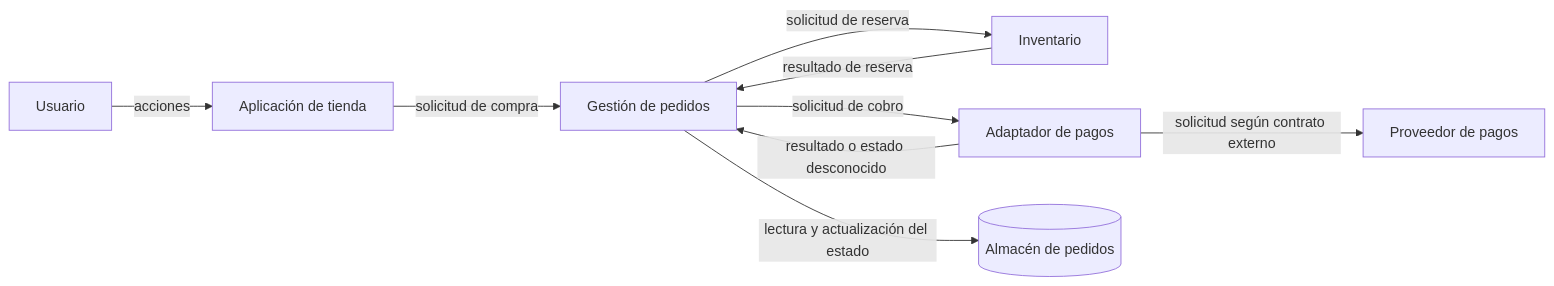
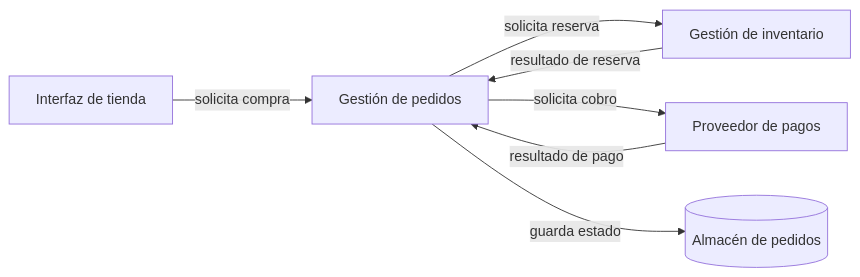
One commit to acuscorp/SoftwareArchitecture changed the diagram in Classes/M01 - Pensamiento arquitectónico y fundamentos/CL01.02.01 - Distinguir elementos, responsabilidades y relaciones.md. Above: the diagram before and after it, drawn with Mermaid. The commit also changed other lines of this file, not shown here.

Commit message:
Revise CL01.02.01 theory and learning sequence (draft r4)

````diff
--- a/Classes/M01 - Pensamiento arquitectónico y fundamentos/CL01.02.01 - Distinguir elementos, responsabilidades y relaciones.md
+++ b/Classes/M01 - Pensamiento arquitectónico y fundamentos/CL01.02.01 - Distinguir elementos, responsabilidades y relaciones.md
@@ -280,11 +197,9 @@
 ```mermaid
 flowchart LR
-    U[Usuario] -->|acciones| A[Aplicación de tienda]
-    A -->|solicitud de compra| O[Gestión de pedidos]
-    O -->|solicitud de reserva| I[Inventario]
-    O -->|solicitud de cobro| P[Adaptador de pagos]
-    P -->|solicitud según contrato externo| E[Proveedor de pagos]
-    O -->|lectura y actualización del estado| D[(Almacén de pedidos)]
-    I -->|resultado de reserva| O
-    P -->|resultado o estado desconocido| O
+    UI[Interfaz de tienda] -->|solicita compra| PED[Gestión de pedidos]
+    PED -->|solicita reserva| INV[Gestión de inventario]
+    INV -->|resultado de reserva| PED
+    PED -->|solicita cobro| PAY[Proveedor de pagos]
+    PAY -->|resultado de pago| PED
+    PED -->|guarda estado| DB[(Almacén de pedidos)]
 ```
````
